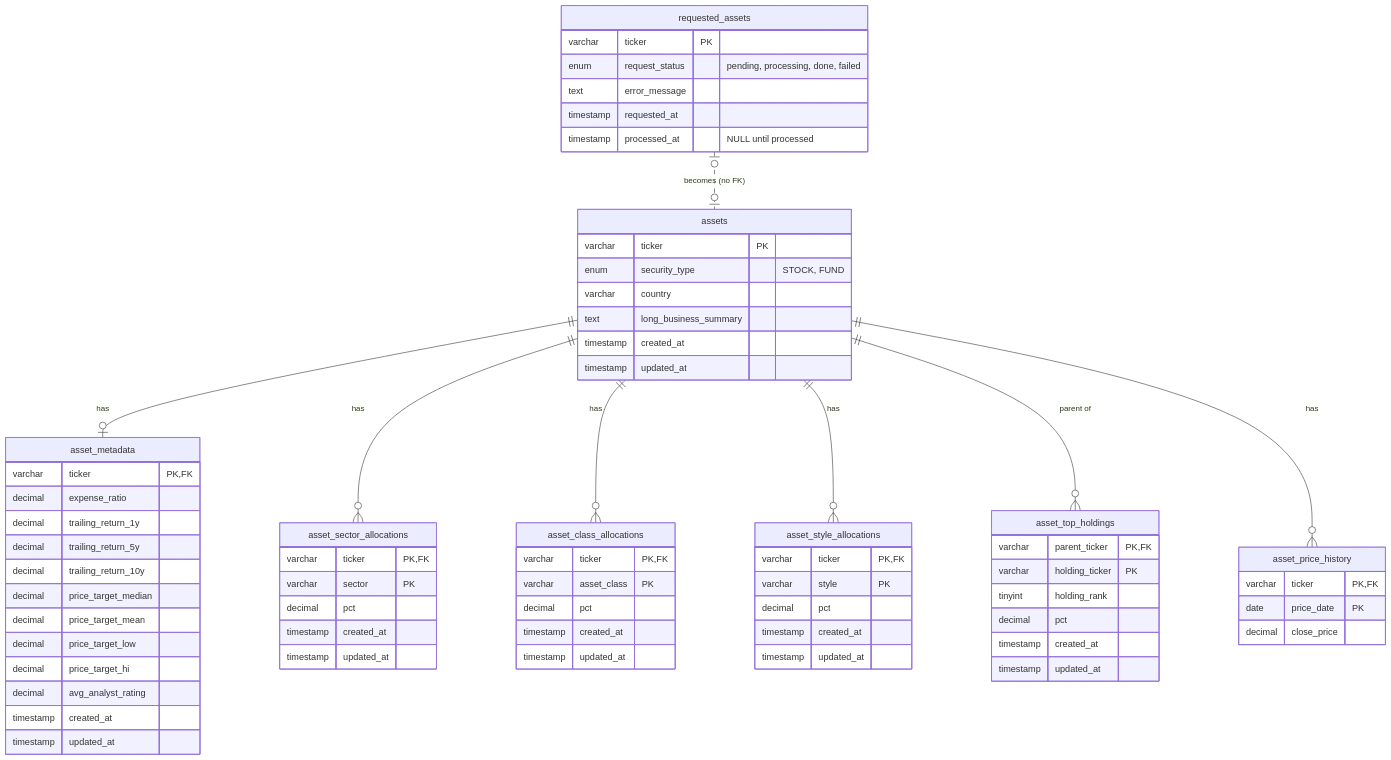
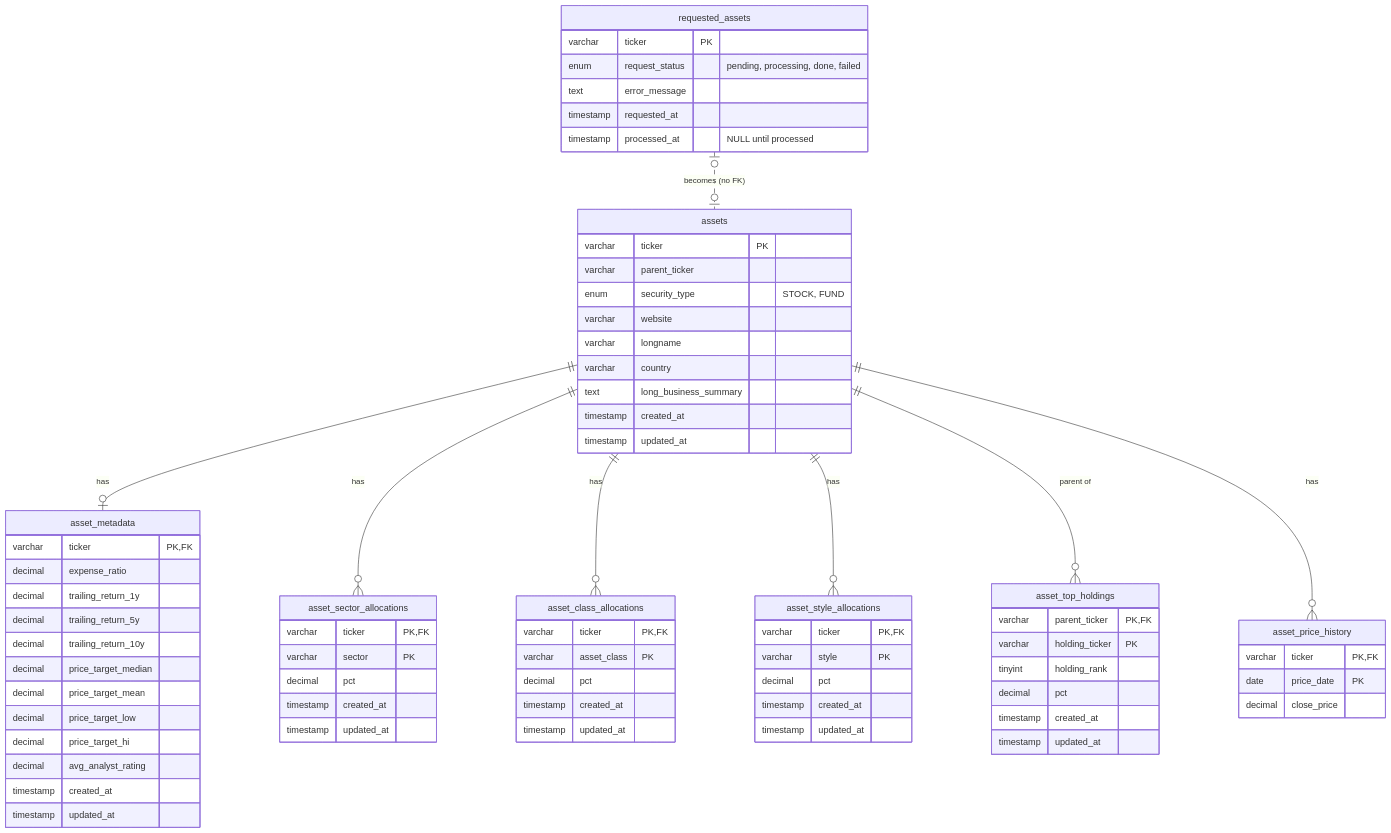
Before and after one commit to cb92/portfolio_opt: the second of 2 diagrams in README.md, drawn with Mermaid. The commit also changed other lines of this file and 9 other files, not shown here.

````diff
--- a/README.md
+++ b/README.md
@@ -44,74 +44,77 @@
 ```mermaid
 erDiagram
     requested_assets |o..o| assets : "becomes (no FK)"
     assets ||--o| asset_metadata : has
     assets ||--o{ asset_sector_allocations : has
     assets ||--o{ asset_class_allocations : has
     assets ||--o{ asset_style_allocations : has
     assets ||--o{ asset_top_holdings : "parent of"
     assets ||--o{ asset_price_history : has
 
     requested_assets {
         varchar ticker PK
         enum request_status "pending, processing, done, failed"
         text error_message
         timestamp requested_at
         timestamp processed_at "NULL until processed"
     }
     assets {
         varchar ticker PK
+        varchar parent_ticker
         enum security_type "STOCK, FUND"
+        varchar website
+        varchar longname
         varchar country
         text long_business_summary
         timestamp created_at
         timestamp updated_at
     }
     asset_metadata {
         varchar ticker PK, FK
         decimal expense_ratio
         decimal trailing_return_1y
         decimal trailing_return_5y
         decimal trailing_return_10y
         decimal price_target_median
         decimal price_target_mean
         decimal price_target_low
         decimal price_target_hi
         decimal avg_analyst_rating
         timestamp created_at
         timestamp updated_at
     }
     asset_sector_allocations {
         varchar ticker PK, FK
         varchar sector PK
         decimal pct
         timestamp created_at
         timestamp updated_at
     }
     asset_class_allocations {
         varchar ticker PK, FK
         varchar asset_class PK
         decimal pct
         timestamp created_at
         timestamp updated_at
     }
     asset_style_allocations {
         varchar ticker PK, FK
         varchar style PK
         decimal pct
         timestamp created_at
         timestamp updated_at
     }
     asset_top_holdings {
         varchar parent_ticker PK, FK
         varchar holding_ticker PK
         tinyint holding_rank
         decimal pct
         timestamp created_at
         timestamp updated_at
     }
     asset_price_history {
         varchar ticker PK, FK
         date price_date PK
         decimal close_price
     }
 ```
````
